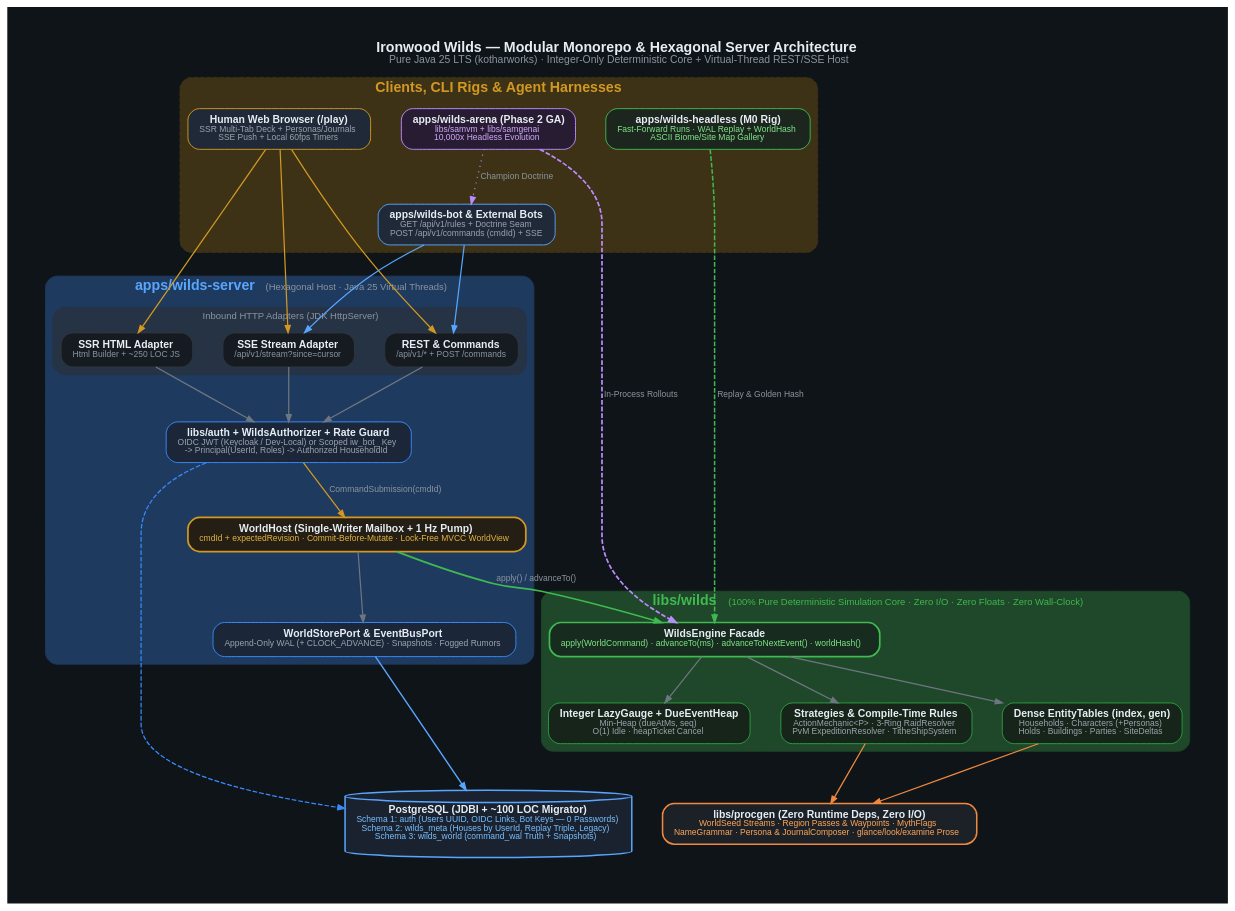
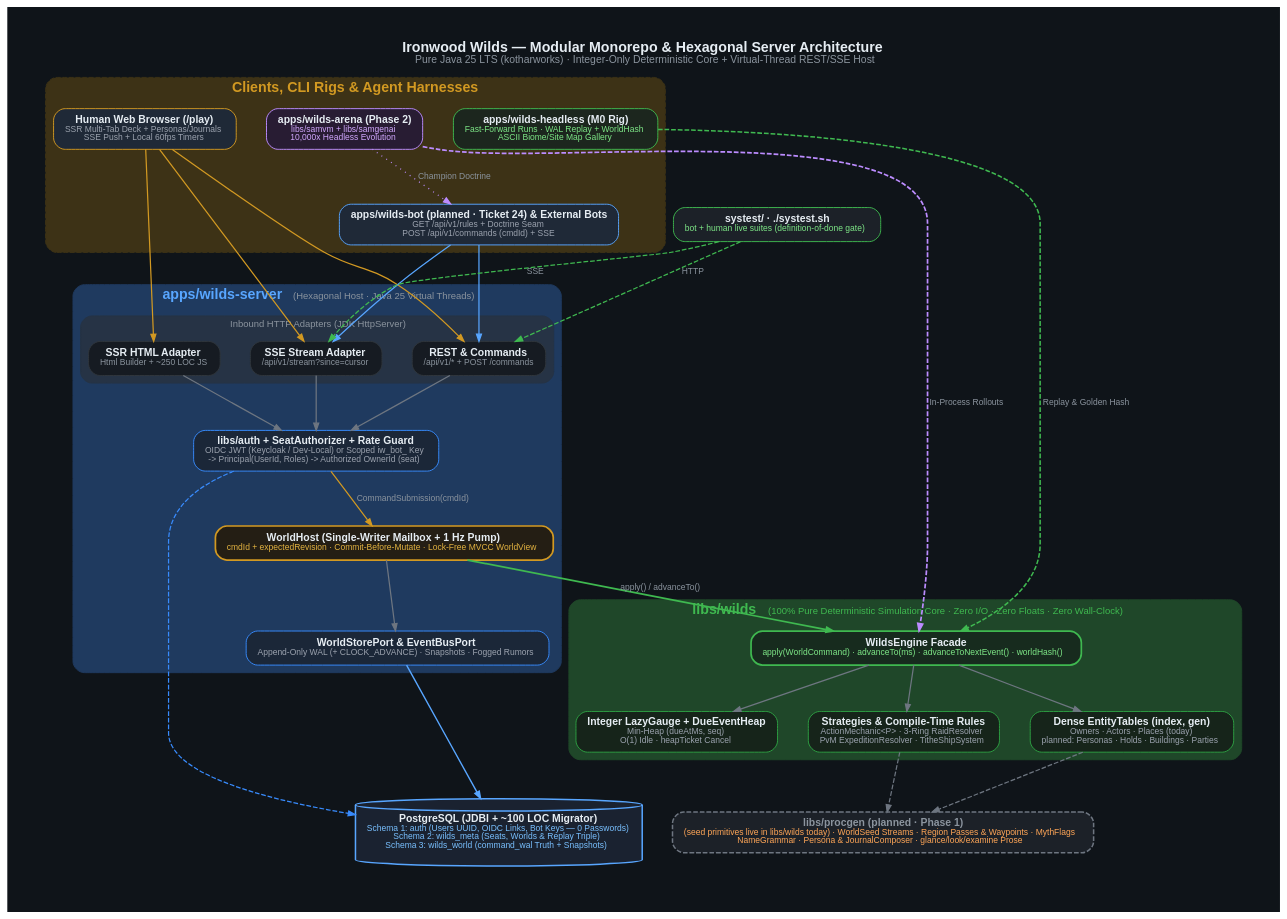
The diagram in planning/ironwood_wilds_planning/diagrams/01-system-architecture.dot (Lord-Windy/KotharWorks), drawn with Graphviz before and after one commit. The commit also changed 17 other files, not shown here.

```diff
--- a/planning/ironwood_wilds_planning/diagrams/01-system-architecture.dot
+++ b/planning/ironwood_wilds_planning/diagrams/01-system-architecture.dot
@@ -1,185 +1,195 @@
 digraph SystemArchitecture {
     graph [
         rankdir=TB,
         bgcolor="#0f1419",
         fontname="Liberation Sans",
         fontsize=15,
         fontcolor="#e6edf3",
         label=<<b>Ironwood Wilds — Modular Monorepo &amp; Hexagonal Server Architecture</b><br/><font point-size="11" color="#8b949e">Pure Java 25 LTS (kotharworks) · Integer-Only Deterministic Core + Virtual-Thread REST/SSE Host</font>>,
         labelloc=t,
         pad="0.45",
         nodesep="0.45",
         ranksep="0.65",
         splines=true
     ];
 
     node [
         shape=box,
         style="rounded,filled",
         fontname="Liberation Sans",
         fontsize=11,
         fillcolor="#161b22",
         color="#30363d",
         fontcolor="#e6edf3",
         margin="0.16,0.10"
     ];
 
     edge [
         fontname="Liberation Sans",
         fontsize=9,
         color="#6e7681",
         fontcolor="#8b949e",
         penwidth=1.3,
         arrowsize=0.75
     ];
 
     subgraph cluster_clients {
         label=<<b>Clients, CLI Rigs &amp; Agent Harnesses</b>>;
         fontcolor="#d29922";
         color="#3d3216";
         bgcolor="#14181f";
         style="rounded,dashed,filled";
 
         human_browser [
             fillcolor="#1f2937",
             color="#d29922",
             label=<<b>Human Web Browser (/play)</b><br/><font point-size="9" color="#9ca3af">SSR Multi-Tab Deck + Personas/Journals<br/>SSE Push + Local 60fps Timers</font>>
         ];
         rest_sse_bot [
             fillcolor="#1f2937",
             color="#58a6ff",
-            label=<<b>apps/wilds-bot &amp; External Bots</b><br/><font point-size="9" color="#9ca3af">GET /api/v1/rules + Doctrine Seam<br/>POST /api/v1/commands (cmdId) + SSE</font>>
+            label=<<b>apps/wilds-bot (planned · Ticket 24) &amp; External Bots</b><br/><font point-size="9" color="#9ca3af">GET /api/v1/rules + Doctrine Seam<br/>POST /api/v1/commands (cmdId) + SSE</font>>
         ];
         headless_cli [
             fillcolor="#1c261e",
             color="#3fb950",
             label=<<b>apps/wilds-headless (M0 Rig)</b><br/><font point-size="9" color="#7ee787">Fast-Forward Runs · WAL Replay + WorldHash<br/>ASCII Biome/Site Map Gallery</font>>
         ];
         ga_arena [
             fillcolor="#281c33",
             color="#bc8cff",
-            label=<<b>apps/wilds-arena (Phase 2 GA)</b><br/><font point-size="9" color="#d2a8ff">libs/samvm + libs/samgenai<br/>10,000x Headless Evolution</font>>
+            label=<<b>apps/wilds-arena (Phase 2)</b><br/><font point-size="9" color="#d2a8ff">libs/samvm + libs/samgenai<br/>10,000x Headless Evolution</font>>
         ];
     }
 
     subgraph cluster_server {
         label=<<b>apps/wilds-server</b>  <font point-size="10" color="#8b949e">(Hexagonal Host · Java 25 Virtual Threads)</font>>;
         fontcolor="#58a6ff";
         color="#1f3a5f";
         bgcolor="#121923";
         style="rounded,filled";
 
         subgraph cluster_inbound {
             label=<Inbound HTTP Adapters (JDK HttpServer)>;
             fontcolor="#8b949e";
             fontsize=10;
             color="#263345";
             bgcolor="#16202d";
             style="rounded,filled";
 
             http_ui [label=<<b>SSR HTML Adapter</b><br/><font point-size="9" color="#8b949e">Html Builder + ~250 LOC JS</font>>];
             http_rest [label=<<b>REST &amp; Commands</b><br/><font point-size="9" color="#8b949e">/api/v1/* + POST /commands</font>>];
             sse_adapter [label=<<b>SSE Stream Adapter</b><br/><font point-size="9" color="#8b949e">/api/v1/stream?since=cursor</font>>];
         }
 
         auth_guard [
             fillcolor="#1b2738",
             color="#388bfd",
-            label=<<b>libs/auth + WildsAuthorizer + Rate Guard</b><br/><font point-size="9" color="#9ca3af">OIDC JWT (Keycloak / Dev-Local) or Scoped iw_bot_ Key<br/>-&gt; Principal(UserId, Roles) -&gt; Authorized HouseholdId</font>>
+            label=<<b>libs/auth + SeatAuthorizer + Rate Guard</b><br/><font point-size="9" color="#9ca3af">OIDC JWT (Keycloak / Dev-Local) or Scoped iw_bot_ Key<br/>-&gt; Principal(UserId, Roles) -&gt; Authorized OwnerId (seat)</font>>
         ];
 
         mailbox [
             fillcolor="#241e14",
             color="#d29922",
             penwidth=1.8,
             label=<<b>WorldHost (Single-Writer Mailbox + 1 Hz Pump)</b><br/><font point-size="9" color="#e3b341">cmdId + expectedRevision · Commit-Before-Mutate · Lock-Free MVCC WorldView</font>>
         ];
 
         persist_port [
             fillcolor="#1b2738",
             color="#388bfd",
             label=<<b>WorldStorePort &amp; EventBusPort</b><br/><font point-size="9" color="#9ca3af">Append-Only WAL (+ CLOCK_ADVANCE) · Snapshots · Fogged Rumors</font>>
         ];
     }
 
     subgraph cluster_wilds {
         label=<<b>libs/wilds</b>  <font point-size="10" color="#3fb950">(100% Pure Deterministic Simulation Core · Zero I/O · Zero Floats · Zero Wall-Clock)</font>>;
         fontcolor="#3fb950";
         color="#1f4729";
         bgcolor="#101b14";
         style="rounded,filled";
 
         engine_facade [
             fillcolor="#172b1e",
             color="#3fb950",
             penwidth=1.8,
             label=<<b>WildsEngine Facade</b><br/><font point-size="9" color="#7ee787">apply(WorldCommand) · advanceTo(ms) · advanceToNextEvent() · worldHash()</font>>
         ];
 
         world_state [
             fillcolor="#16241a",
             color="#2ea043",
-            label=<<b>Dense EntityTables (index, gen)</b><br/><font point-size="9" color="#9ca3af">Households · Characters (+Personas)<br/>Holds · Buildings · Parties · SiteDeltas</font>>
+            label=<<b>Dense EntityTables (index, gen)</b><br/><font point-size="9" color="#9ca3af">Owners · Actors · Places (today)<br/>planned: Personas · Holds · Buildings · Parties</font>>
         ];
 
         due_heap [
             fillcolor="#16241a",
             color="#2ea043",
             label=<<b>Integer LazyGauge + DueEventHeap</b><br/><font point-size="9" color="#9ca3af">Min-Heap (dueAtMs, seq)<br/>O(1) Idle · heapTicket Cancel</font>>
         ];
 
         strategies [
             fillcolor="#16241a",
             color="#2ea043",
             label=<<b>Strategies &amp; Compile-Time Rules</b><br/><font point-size="9" color="#9ca3af">ActionMechanic&lt;P&gt; · 3-Ring RaidResolver<br/>PvM ExpeditionResolver · TitheShipSystem</font>>
         ];
     }
 
     subgraph cluster_bottom {
         label="";
         style=invis;
 
         procgen [
             fillcolor="#1c2128",
-            color="#f0883e",
+            color="#6e7681",
+            fontcolor="#8b949e",
+            style="rounded,filled,dashed",
             penwidth=1.6,
-            label=<<b>libs/procgen (Zero Runtime Deps, Zero I/O)</b><br/><font point-size="9" color="#ffa657">WorldSeed Streams · Region Passes &amp; Waypoints · MythFlags<br/>NameGrammar · Persona &amp; JournalComposer · glance/look/examine Prose</font>>
+            label=<<b>libs/procgen (planned · Phase 1)</b><br/><font point-size="9" color="#ffa657">(seed primitives live in libs/wilds today) · WorldSeed Streams · Region Passes &amp; Waypoints · MythFlags<br/>NameGrammar · Persona &amp; JournalComposer · glance/look/examine Prose</font>>
         ];
 
         postgres [
             shape=cylinder,
             fillcolor="#1a2230",
             color="#58a6ff",
             penwidth=1.6,
-            label=<<b>PostgreSQL (JDBI + ~100 LOC Migrator)</b><br/><font point-size="9" color="#79c0ff">Schema 1: auth (Users UUID, OIDC Links, Bot Keys — 0 Passwords)<br/>Schema 2: wilds_meta (Houses by UserId, Replay Triple, Legacy)<br/>Schema 3: wilds_world (command_wal Truth + Snapshots)</font>>
+            label=<<b>PostgreSQL (JDBI + ~100 LOC Migrator)</b><br/><font point-size="9" color="#79c0ff">Schema 1: auth (Users UUID, OIDC Links, Bot Keys — 0 Passwords)<br/>Schema 2: wilds_meta (Seats, Worlds &amp; Replay Triple)<br/>Schema 3: wilds_world (command_wal Truth + Snapshots)</font>>
         ];
     }
+
+    systest [
+        fillcolor="#1c2128",
+        color="#3fb950",
+        label=<<b>systest/ · ./systest.sh</b><br/><font point-size="9" color="#7ee787">bot + human live suites (definition-of-done gate)</font>>
+    ];
+    systest -> http_rest [color="#3fb950", label=" HTTP", style=dashed];
+    systest -> sse_adapter [color="#3fb950", label=" SSE", style=dashed];
 
     human_browser -> http_ui [color="#d29922"];
     human_browser -> http_rest [color="#d29922"];
     human_browser -> sse_adapter [color="#d29922"];
     rest_sse_bot -> http_rest [color="#58a6ff"];
     rest_sse_bot -> sse_adapter [color="#58a6ff"];
 
     http_ui -> auth_guard;
     http_rest -> auth_guard;
     sse_adapter -> auth_guard;
 
     auth_guard -> mailbox [label=" CommandSubmission(cmdId)", color="#d29922"];
     auth_guard -> postgres [style=dashed, color="#388bfd"];
 
     mailbox -> engine_facade [label=" apply() / advanceTo()", color="#3fb950", penwidth=1.8];
     mailbox -> persist_port;
     persist_port -> postgres [color="#58a6ff", penwidth=1.5];
 
     headless_cli -> engine_facade [label=" Replay &amp; Golden Hash", color="#3fb950", penwidth=1.6, style=dashed];
     ga_arena -> engine_facade [label=" In-Process Rollouts", color="#bc8cff", penwidth=1.8, style=dashed];
     ga_arena -> rest_sse_bot [label=" Champion Doctrine", color="#bc8cff", style=dotted];
 
     engine_facade -> world_state;
     engine_facade -> due_heap;
     engine_facade -> strategies;
 
-    world_state -> procgen [color="#f0883e"];
-    strategies -> procgen [color="#f0883e"];
+    world_state -> procgen [color="#6e7681", style=dashed];
+    strategies -> procgen [color="#6e7681", style=dashed];
 }
```
